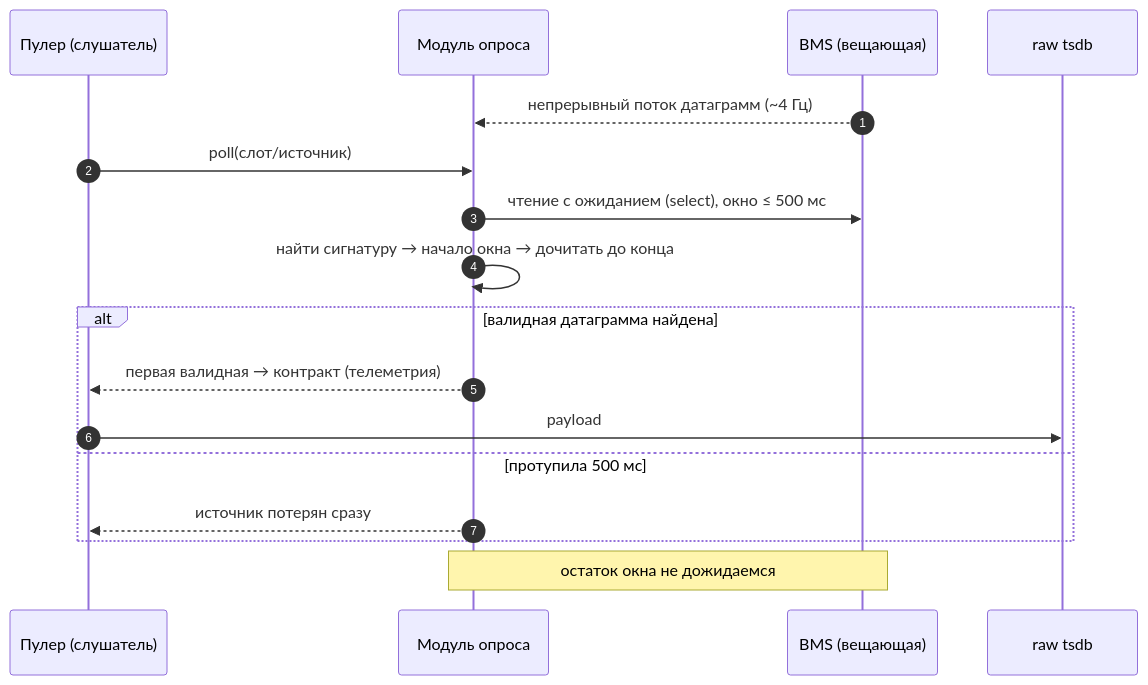
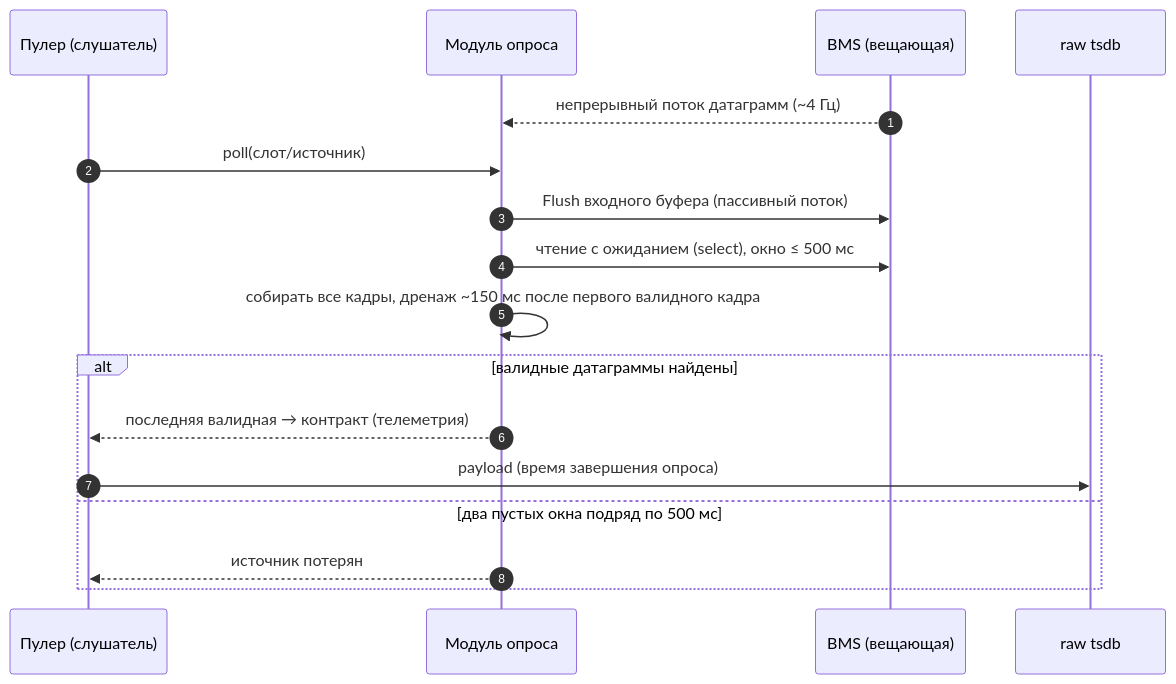
Before and after one commit to galiy/malina-26: the fifth of 11 diagrams in docs/bms-reader-arch.md, drawn with Mermaid. The commit also changed other lines of this file and 33 other files, not shown here.

````diff
--- a/docs/bms-reader-arch.md
+++ b/docs/bms-reader-arch.md
@@ -272,20 +272,20 @@
 ```mermaid
 sequenceDiagram
   autonumber
   participant PL as Пулер (слушатель)
   participant M as Модуль опроса
   participant B as BMS (вещающая)
   participant RAW as raw tsdb
 
   B-->>M: непрерывный поток датаграмм (~4 Гц)
   PL->>M: poll(слот/источник)
+  M->>B: Flush входного буфера (пассивный поток)
   M->>B: чтение с ожиданием (select), окно ≤ 500 мс
-  M->>M: найти сигнатуру → начало окна → дочитать до конца
-  alt валидная датаграмма найдена
-    M-->>PL: первая валидная → контракт (телеметрия)
-    PL->>RAW: payload
-  else протупила 500 мс
-    M-->>PL: источник потерян сразу
+  M->>M: собирать все кадры, дренаж ~150 мс после первого валидного кадра
+  alt валидные датаграммы найдены
+    M-->>PL: последняя валидная → контракт (телеметрия)
+    PL->>RAW: payload (время завершения опроса)
+  else два пустых окна подряд по 500 мс
+    M-->>PL: источник потерян
   end
-  Note over M,B: остаток окна не дожидаемся
 ```
````
